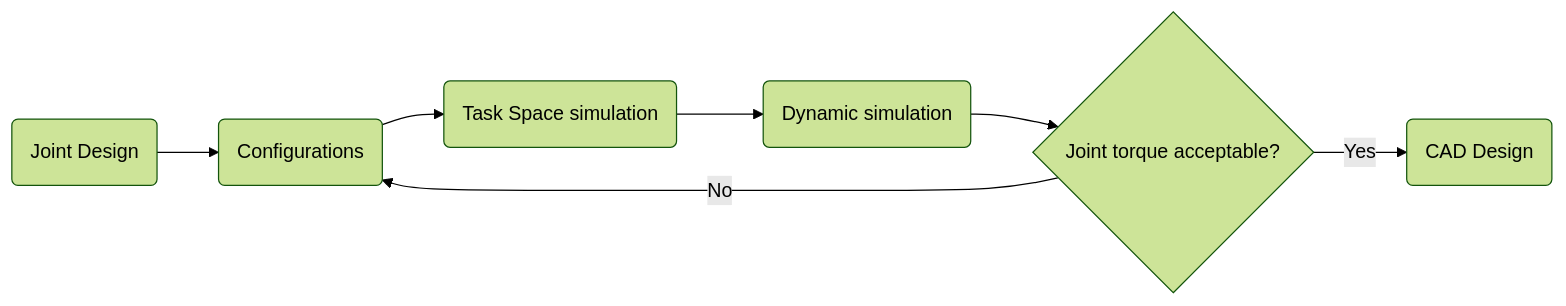
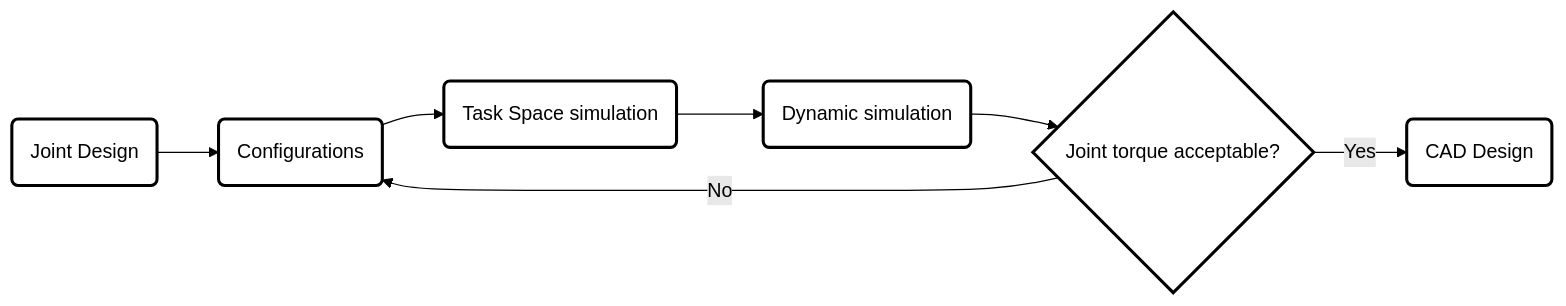
One commit to mars-hss/mars-hss.github.io changed the second of 2 diagrams in _course-project/IMDL.md. Above: the diagram before and after it, drawn with Mermaid (forest theme).

Commit message:
update sytle

```diff
--- a/_course-project/IMDL.md
+++ b/_course-project/IMDL.md
@@ -104,9 +104,10 @@
 <div class="mermaid">
 flowchart LR
-  A(Joint Design) --> B(Configurations)
-  B --> C(Task Space simulation)
-  C --> D(Dynamic simulation)
-  D --> E{Joint torque acceptable?}
+  A(Joint Design):::white--> B(Configurations):::white
+  B --> C(Task Space simulation):::white
+  C --> D(Dynamic simulation):::white
+  D --> E{Joint torque acceptable?}:::white
   E --> |No| B
-  E --> |Yes| F(CAD Design)
+  E --> |Yes| F(CAD Design):::white
+  classDef white fill: #fff, stroke: #000, stroke-width: 2.5px
 </div>
```
